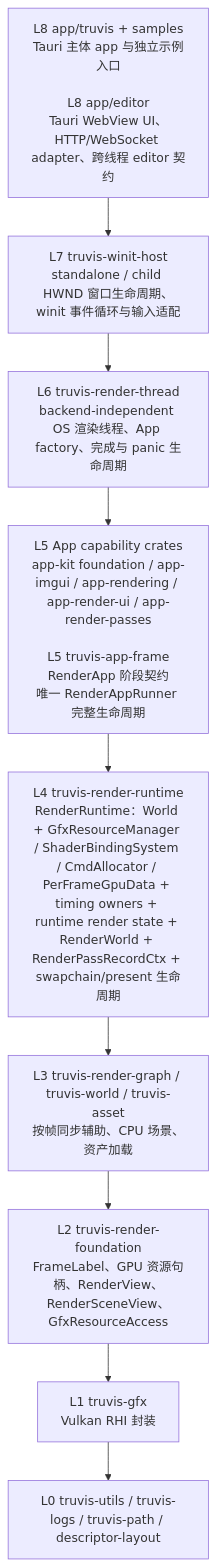
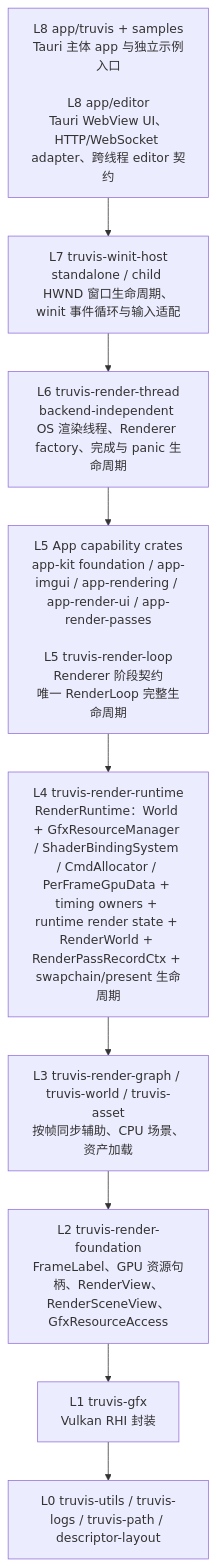
The first of 3 diagrams in docs/summaries/layering-and-dependency-boundaries.md (acccoco/TruvisRenderer), drawn with Mermaid before and after one commit. The commit also changed other lines of this file and 102 other files, not shown here.

Commit message:
[update/refactor] 统一 Renderer 与 RenderLoop 命名

````diff
--- a/docs/summaries/layering-and-dependency-boundaries.md
+++ b/docs/summaries/layering-and-dependency-boundaries.md
@@ -9,13 +9,13 @@
 ```mermaid
 flowchart TB
     L8["L8 app/truvis + samples<br/>Tauri 主体 app 与独立示例入口<br/><br/>L8 app/editor<br/>Tauri WebView UI、HTTP/WebSocket adapter、跨线程 editor 契约"]
     L7["L7 truvis-winit-host<br/>standalone / child HWND 窗口生命周期、winit 事件循环与输入适配"]
-    L6["L6 truvis-render-thread<br/>backend-independent OS 渲染线程、App factory、完成与 panic 生命周期"]
-    L5["L5 App capability crates<br/>app-kit foundation / app-imgui / app-rendering / app-render-ui / app-render-passes<br/><br/>L5 truvis-app-frame<br/>RenderApp 阶段契约<br/>唯一 RenderAppRunner 完整生命周期"]
+    L6["L6 truvis-render-thread<br/>backend-independent OS 渲染线程、Renderer factory、完成与 panic 生命周期"]
+    L5["L5 App capability crates<br/>app-kit foundation / app-imgui / app-rendering / app-render-ui / app-render-passes<br/><br/>L5 truvis-render-loop<br/>Renderer 阶段契约<br/>唯一 RenderLoop 完整生命周期"]
     L4["L4 truvis-render-runtime<br/>RenderRuntime：World + GfxResourceManager / ShaderBindingSystem / CmdAllocator / PerFrameGpuData + timing owners + runtime render state + RenderWorld + RenderPassRecordCtx + swapchain/present 生命周期"]
     L3["L3 truvis-render-graph / truvis-world / truvis-asset<br/>按帧同步辅助、CPU 场景、资产加载"]
     L2["L2 truvis-render-foundation<br/>FrameLabel、GPU 资源句柄、RenderView、RenderSceneView、GfxResourceAccess"]
     L1["L1 truvis-gfx<br/>Vulkan RHI 封装"]
     L0["L0 truvis-utils / truvis-logs / truvis-path / descriptor-layout"]
     L8 --> L7 --> L6 --> L5 --> L4 --> L3 --> L2 --> L1 --> L0
 ```
````
